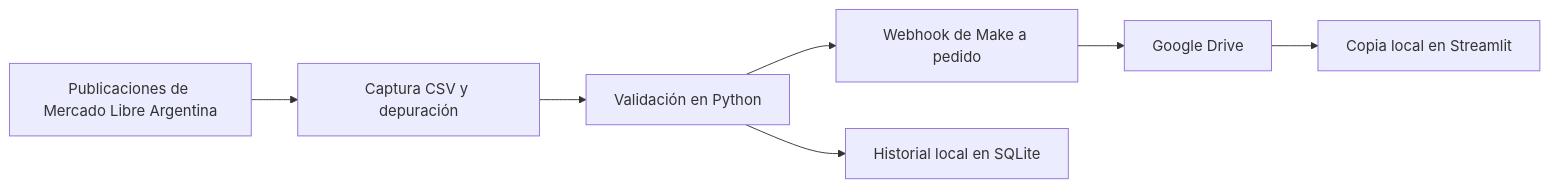
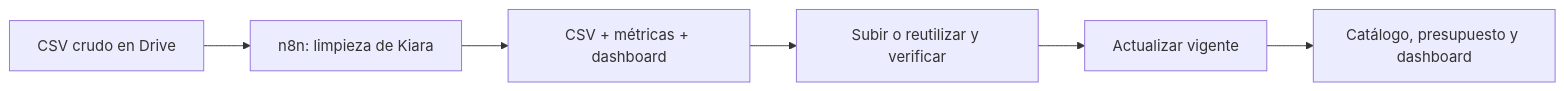
Before and after one commit to Tomas-Gonzalez01/TACCtico: the diagram in README.md, drawn with Mermaid. The commit also changed other lines of this file and 40 other files, not shown here.

````diff
--- a/README.md
+++ b/README.md
@@ -53,9 +36,8 @@
 ```mermaid
 flowchart LR
-    A[Publicaciones de Mercado Libre Argentina] --> B[Captura CSV y depuración]
-    B --> C[Validación en Python]
-    C --> D[Webhook de Make a pedido]
-    D --> E[Google Drive]
-    E --> F[Copia local en Streamlit]
-    C --> G[Historial local en SQLite]
+    A[CSV crudo en Drive] --> B[n8n: limpieza de Kiara]
+    B --> C[CSV + métricas + dashboard]
+    C --> D[Subir o reutilizar y verificar]
+    D --> E[Actualizar vigente]
+    E --> F[Catálogo, presupuesto y dashboard]
 ```
````
